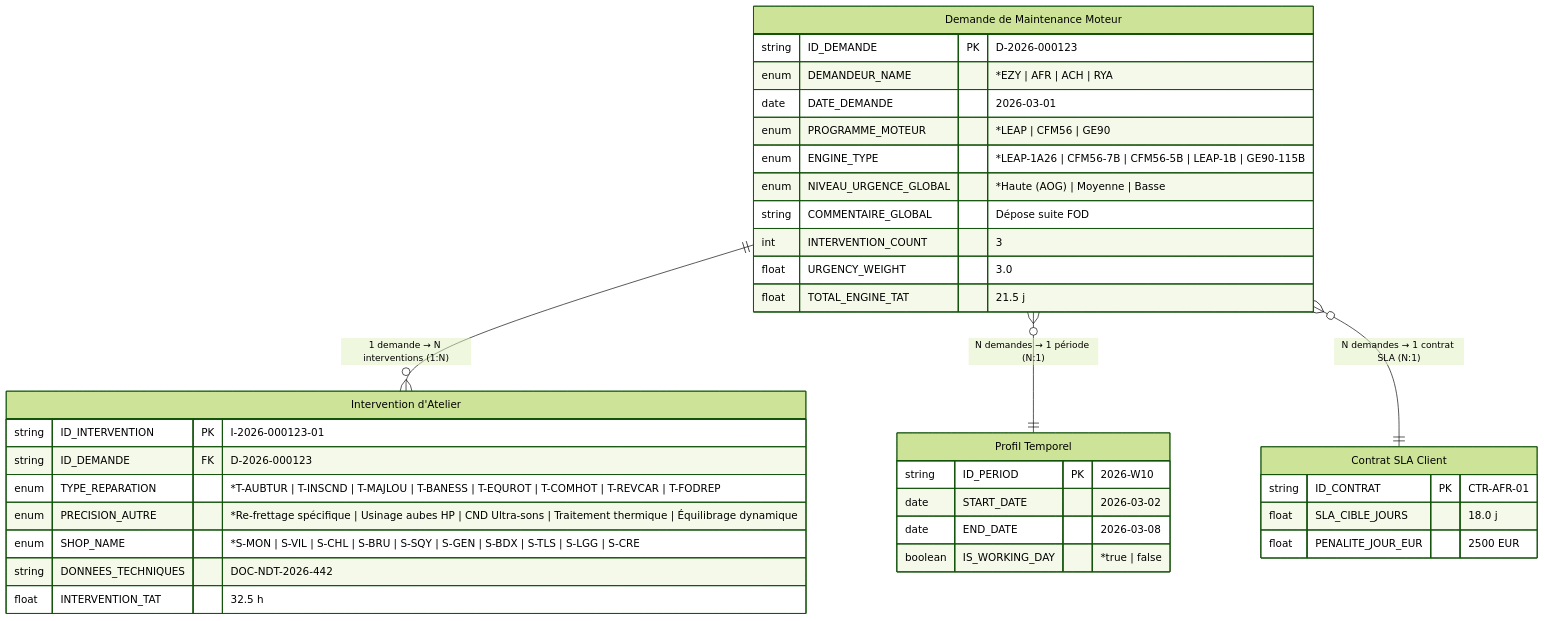
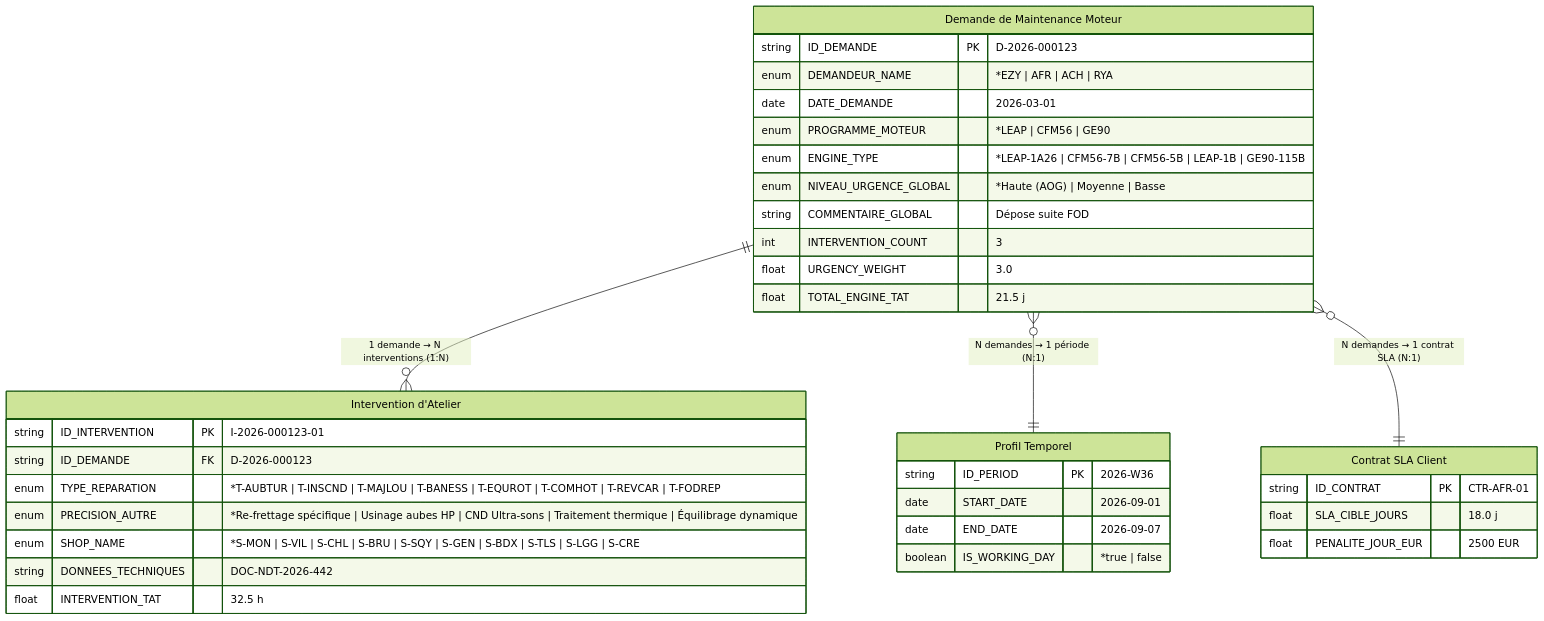
Before and after one commit to quangfr/bimaestro: the first of 16 diagrams in content.md, drawn with Mermaid (forest theme). The commit also changed other lines of this file and 10 other files, not shown here.

````diff
--- a/content.md
+++ b/content.md
@@ -177,39 +177,39 @@
 ```mermaid
 erDiagram
     MDT_MAINTENANCE_REQUEST ||--o{ MDT_INTERVENTION : "1 demande → N interventions (1:N)"
     MDT_MAINTENANCE_REQUEST }o--|| TIMEPROFILE : "N demandes → 1 période (N:1)"
     MDT_MAINTENANCE_REQUEST }o--|| CONTRACT_SLA : "N demandes → 1 contrat SLA (N:1)"
 
     MDT_MAINTENANCE_REQUEST ["Demande de Maintenance Moteur"] {
         string ID_DEMANDE PK "D-2026-000123"
         enum DEMANDEUR_NAME "*EZY | AFR | ACH | RYA"
         date DATE_DEMANDE "2026-03-01"
         enum PROGRAMME_MOTEUR "*LEAP | CFM56 | GE90"
         enum ENGINE_TYPE "*LEAP-1A26 | CFM56-7B | CFM56-5B | LEAP-1B | GE90-115B"
         enum NIVEAU_URGENCE_GLOBAL "*Haute (AOG) | Moyenne | Basse"
         string COMMENTAIRE_GLOBAL "Dépose suite FOD"
         int INTERVENTION_COUNT "3"
         float URGENCY_WEIGHT "3.0"
         float TOTAL_ENGINE_TAT "21.5 j"
     }
     TIMEPROFILE ["Profil Temporel"] {
-        string ID_PERIOD PK "2026-W10"
-        date START_DATE "2026-03-02"
-        date END_DATE "2026-03-08"
+        string ID_PERIOD PK "2026-W36"
+        date START_DATE "2026-09-01"
+        date END_DATE "2026-09-07"
         boolean IS_WORKING_DAY "*true | false"
     }
     CONTRACT_SLA ["Contrat SLA Client"] {
         string ID_CONTRAT PK "CTR-AFR-01"
         float SLA_CIBLE_JOURS "18.0 j"
         float PENALITE_JOUR_EUR "2500 EUR"
     }
     MDT_INTERVENTION ["Intervention d'Atelier"] {
         string ID_INTERVENTION PK "I-2026-000123-01"
         string ID_DEMANDE FK "D-2026-000123"
         enum TYPE_REPARATION "*T-AUBTUR | T-INSCND | T-MAJLOU | T-BANESS | T-EQUROT | T-COMHOT | T-REVCAR | T-FODREP"
         enum PRECISION_AUTRE "*Re-frettage spécifique | Usinage aubes HP | CND Ultra-sons | Traitement thermique | Équilibrage dynamique"
         enum SHOP_NAME "*S-MON | S-VIL | S-CHL | S-BRU | S-SQY | S-GEN | S-BDX | S-TLS | S-LGG | S-CRE"
         string DONNEES_TECHNIQUES "DOC-NDT-2026-442"
         float INTERVENTION_TAT "32.5 h"
     }
 ```
````
